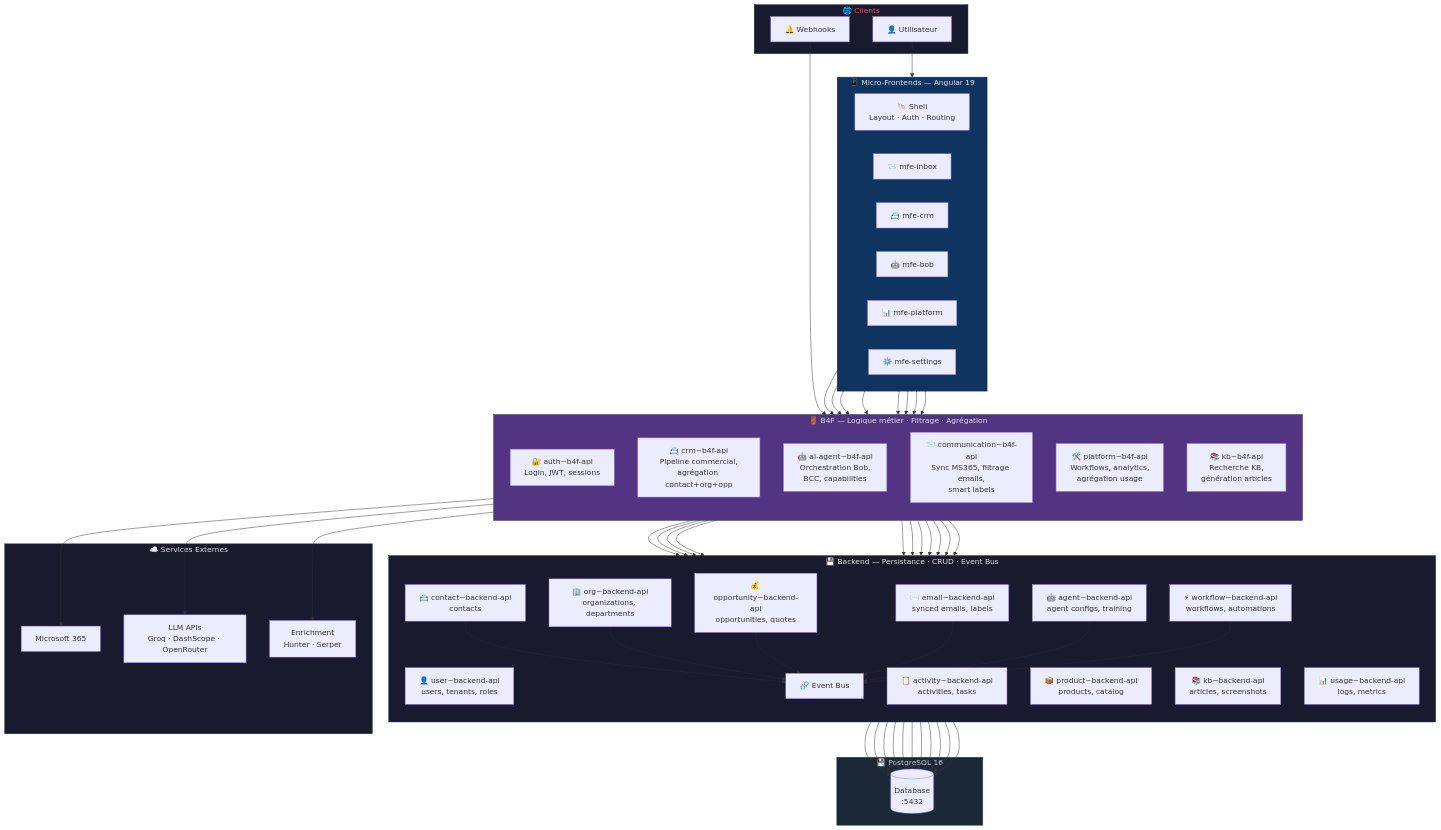
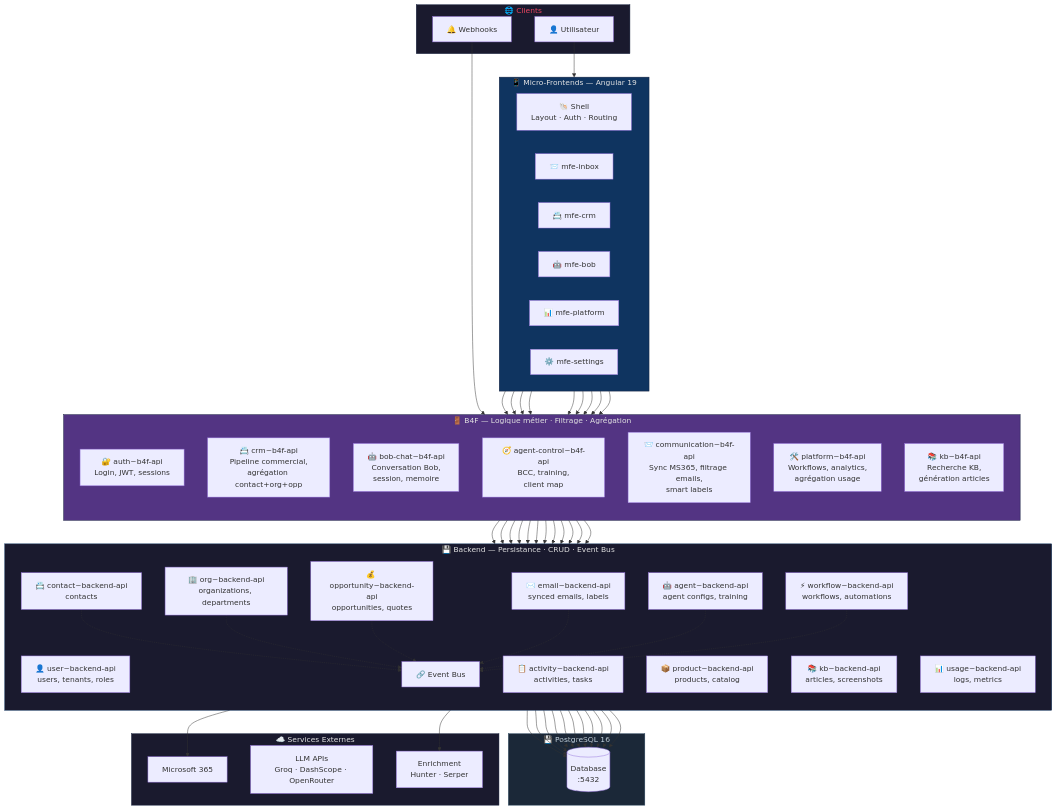
One commit to ImAlexGauthierMtl/bob changed the diagram in docs/ARCHITECTURE.md. Above: the diagram before and after it, drawn with Mermaid. The commit also changed other lines of this file and 395 other files, not shown here.

Commit message:
Refactor CDE to native Bob architecture

```diff
--- a/docs/ARCHITECTURE.md
+++ b/docs/ARCHITECTURE.md
@@ -38,7 +38,8 @@
         direction TB
         B4F_AUTH["🔐 auth~b4f-api<br/>Login, JWT, sessions"]
         B4F_CRM["📇 crm~b4f-api<br/>Pipeline commercial,<br/>agrégation contact+org+opp"]
-        B4F_AI["🤖 ai-agent~b4f-api<br/>Orchestration Bob,<br/>BCC, capabilities"]
+        B4F_BOB["🤖 bob-chat~b4f-api<br/>Conversation Bob,<br/>session, memoire"]
+        B4F_AGENT_CONTROL["🧭 agent-control~b4f-api<br/>BCC, training,<br/>client map"]
         B4F_COMM["📨 communication~b4f-api<br/>Sync MS365, filtrage emails,<br/>smart labels"]
         B4F_PLAT["🛠️ platform~b4f-api<br/>Workflows, analytics,<br/>agrégation usage"]
         B4F_KB["📚 kb~b4f-api<br/>Recherche KB,<br/>génération articles"]
@@ -76,7 +77,8 @@
 
     MFE_INBOX --> B4F_COMM
     MFE_CRM --> B4F_CRM
-    MFE_BOB --> B4F_AI
+    MFE_BOB --> B4F_BOB
+    MFE_BOB --> B4F_AGENT_CONTROL
     MFE_PLAT --> B4F_PLAT
     MFE_PLAT --> B4F_KB
     MFE_SET --> B4F_AUTH
@@ -89,7 +91,8 @@
     B4F_CRM --> BE_OPP
     B4F_CRM --> BE_ACTIVITY
     B4F_CRM --> BE_PRODUCT
-    B4F_AI --> BE_AGENT
+    B4F_BOB --> BE_AGENT
+    B4F_AGENT_CONTROL --> BE_AGENT
     B4F_COMM --> BE_EMAIL
     B4F_PLAT --> BE_WORKFLOW
     B4F_PLAT --> BE_USAGE
@@ -114,9 +117,8 @@
     BE_AGENT -.-> EVENT_BUS
     BE_WORKFLOW -.-> EVENT_BUS
 
-    B4F_COMM --> MS365
-    B4F_AI --> LLM
-    B4F_PLAT --> ENRICH
+    BE_EMAIL --> MS365
+    BE_WORKFLOW --> ENRICH
 
     style MFE fill:#0f3460,stroke:#16213e,color:#e2e2e2
     style B4F fill:#533483,stroke:#16213e,color:#e2e2e2
```
